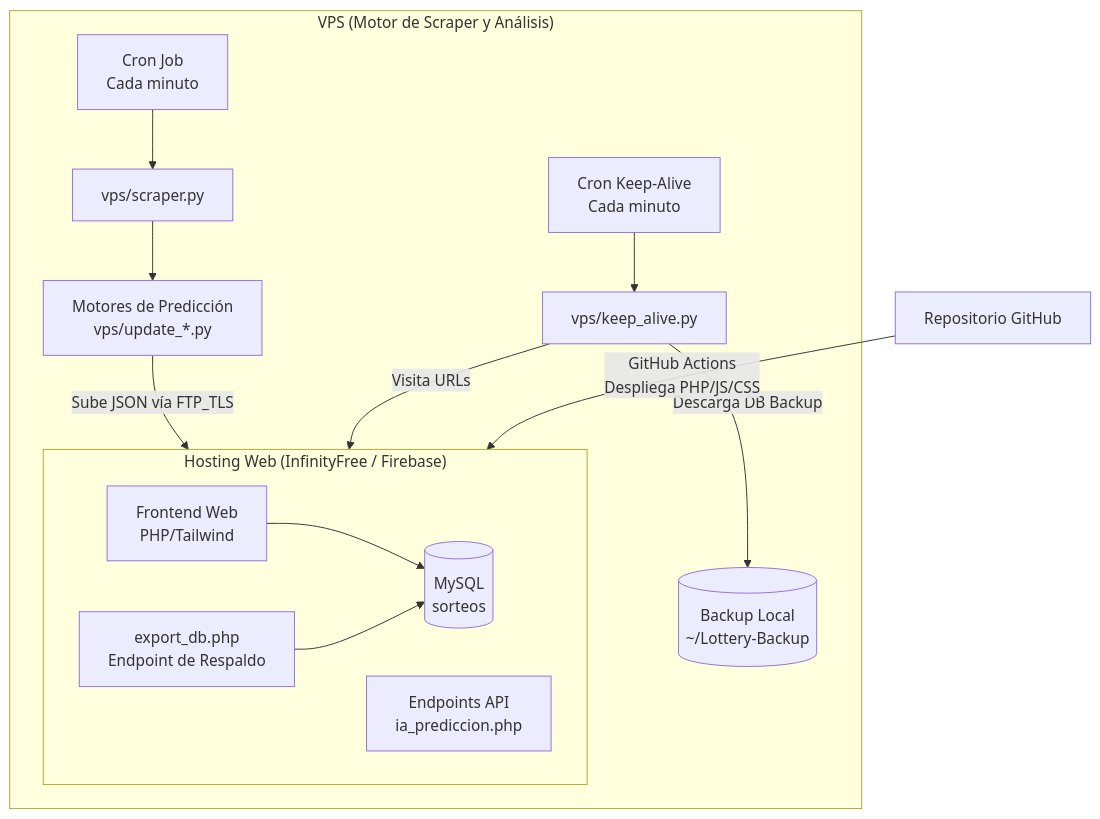
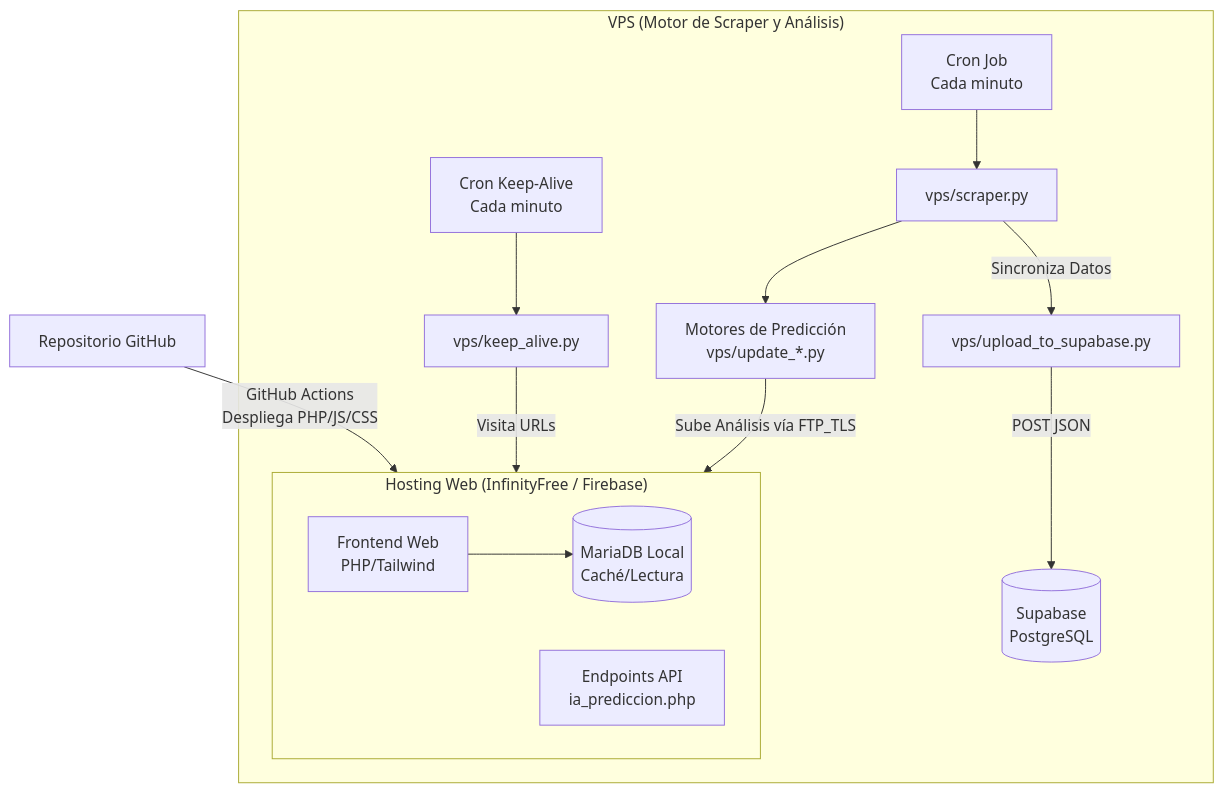
The diagram in README.md (rikiluciano/smartlottery), drawn with Mermaid before and after one commit. The commit also changed other lines of this file and 2 other files, not shown here.

Commit message:
Corregir arquitectura: Remover backup de InfinityFree porque Supabase es el Master

````diff
--- a/README.md
+++ b/README.md
@@ -11,23 +11,22 @@
 ```mermaid
 flowchart TD
     subgraph VPS["VPS (Motor de Scraper y Análisis)"]
         Cron[Cron Job<br/>Cada minuto] --> Scraper[vps/scraper.py]
         CronKeepAlive[Cron Keep-Alive<br/>Cada minuto] --> KeepAlive[vps/keep_alive.py]
         Scraper --> Motores[Motores de Predicción<br/>vps/update_*.py]
-        Motores -- Sube JSON vía FTP_TLS --> Hosting
+        Scraper -- Sincroniza Datos --> SupabaseUpload[vps/upload_to_supabase.py]
+        Motores -- Sube Análisis vía FTP_TLS --> Hosting
         KeepAlive -- Visita URLs --> Hosting
-        KeepAlive -- Descarga DB Backup --> LocalBackup[(Backup Local<br/>~/Lottery-Backup)]
+        SupabaseUpload -- POST JSON --> Supabase[(Supabase<br/>PostgreSQL)]
     end
 
     subgraph Hosting["Hosting Web (InfinityFree / Firebase)"]
         Frontend[Frontend Web<br/>PHP/Tailwind]
         API[Endpoints API<br/>ia_prediccion.php]
-        ExportDB[export_db.php<br/>Endpoint de Respaldo]
-        DB[(MySQL<br/>sorteos)]
+        DB[(MariaDB Local<br/>Caché/Lectura)]
         
         Frontend --> DB
-        ExportDB --> DB
     end
 
     GitHub[Repositorio GitHub] -- GitHub Actions<br/>Despliega PHP/JS/CSS --> Hosting
 ```
````
